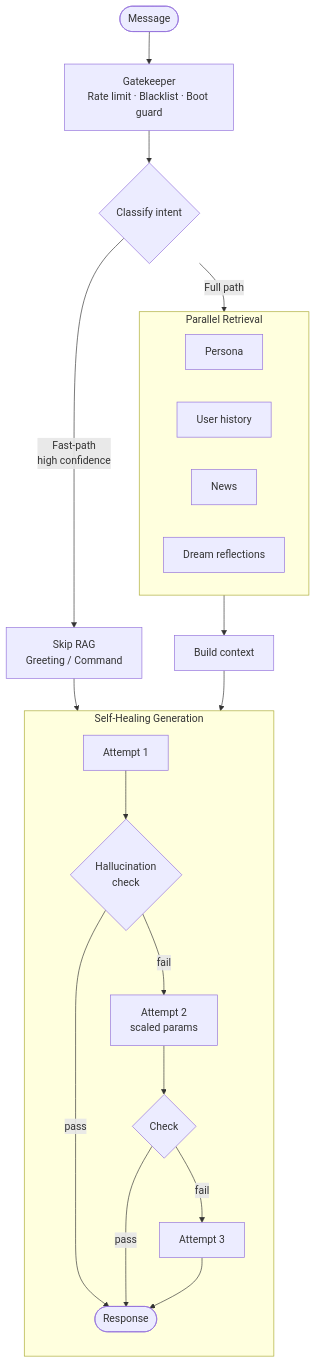
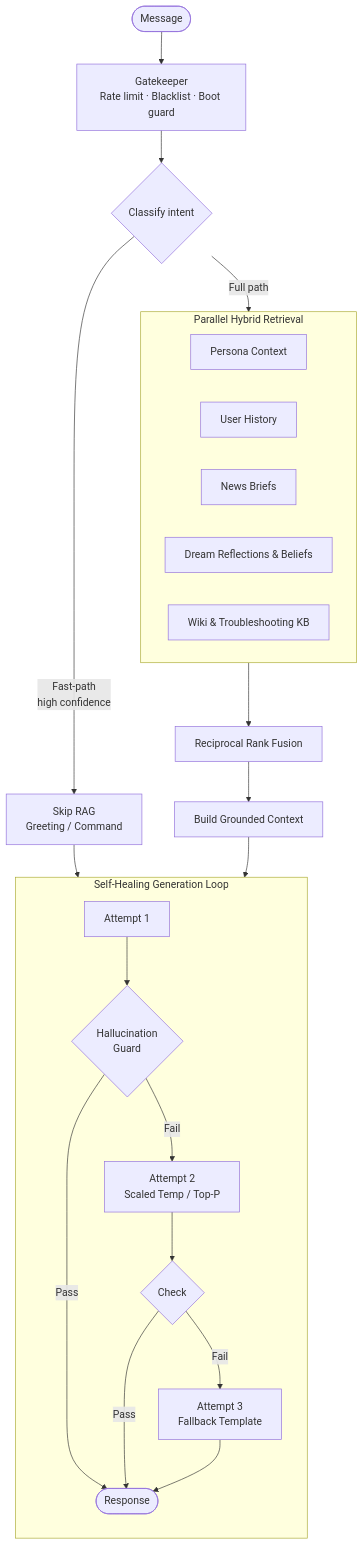
One commit to Ekco-S64QTN6/Kaiacord changed the diagram in README.md. Above: the diagram before and after it, drawn with Mermaid. The commit also changed other lines of this file and 12 other files, not shown here.

Commit message:
refactor: upgrade README documentation and optimize RAG retrieval with reciprocal rank fusion and enhanced cognitive subsystem modularity.

````diff
--- a/README.md
+++ b/README.md
@@ -42,31 +62,33 @@
 ```mermaid
 flowchart TD
     MSG([Message]) --> GK[Gatekeeper\nRate limit · Blacklist · Boot guard]
     GK --> CL{Classify intent}
     
     CL -- "Fast-path\nhigh confidence" --> SKIP[Skip RAG\nGreeting / Command]
     CL -- "Full path" --> RET
 
-    subgraph RET ["Parallel Retrieval"]
+    subgraph RET ["Parallel Hybrid Retrieval"]
         direction LR
-        P[Persona]
-        U[User history]
-        N[News]
-        D[Dream reflections]
+        P[Persona Context]
+        U[User History]
+        N[News Briefs]
+        D[Dream Reflections & Beliefs]
+        W[Wiki & Troubleshooting KB]
     end
 
     SKIP --> GEN
-    RET --> CTX[Build context]
+    RET --> RRF[Reciprocal Rank Fusion]
+    RRF --> CTX[Build Grounded Context]
     CTX --> GEN
 
-    subgraph GEN ["Self-Healing Generation"]
+    subgraph GEN ["Self-Healing Generation Loop"]
         direction TB
-        G1[Attempt 1] --> HC{Hallucination\ncheck}
-        HC -- pass --> OUT([Response])
-        HC -- fail --> G2[Attempt 2\nscaled params]
+        G1[Attempt 1] --> HC{Hallucination\nGuard}
+        HC -- Pass --> OUT([Response])
+        HC -- Fail --> G2[Attempt 2\nScaled Temp / Top-P]
         G2 --> HC2{Check}
-        HC2 -- pass --> OUT
-        HC2 -- fail --> G3[Attempt 3]
+        HC2 -- Pass --> OUT
+        HC2 -- Fail --> G3[Attempt 3\nFallback Template]
         G3 --> OUT
     end
 ```
````
